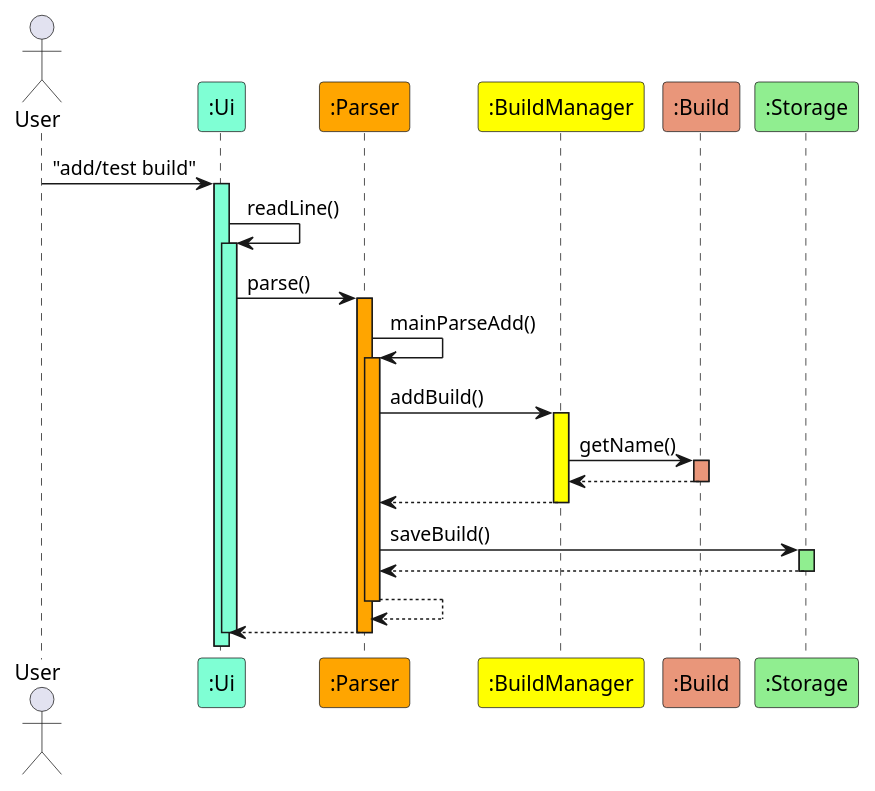
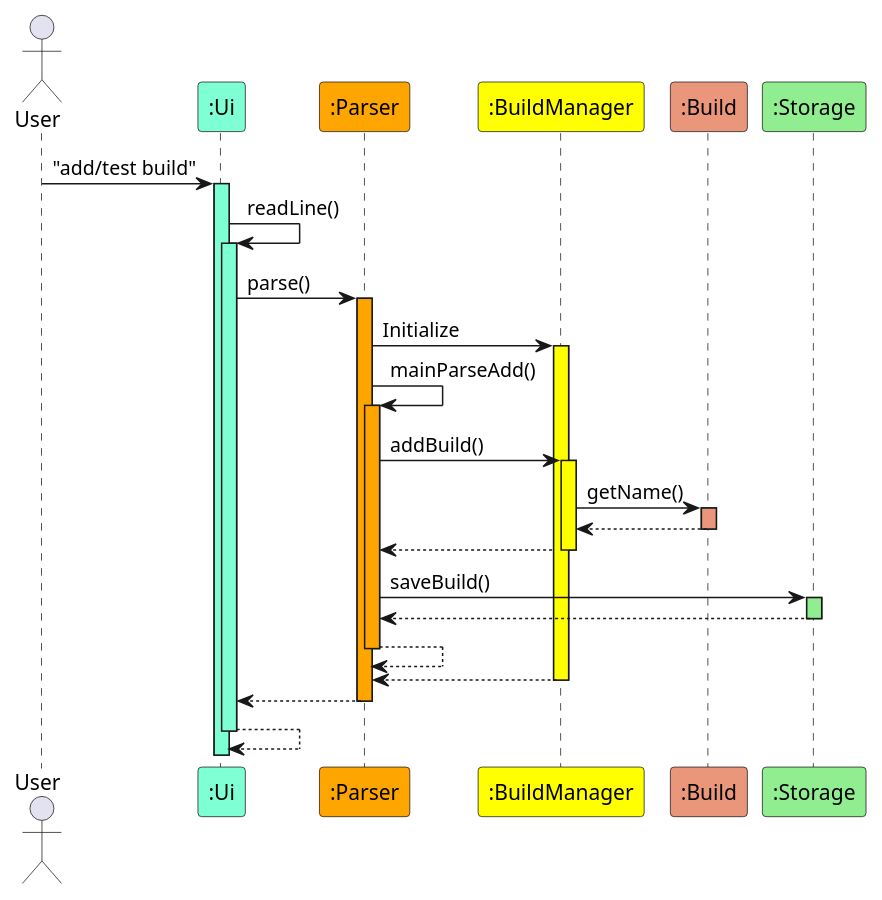
One commit to nus-cs2113-AY2223S1/tp changed the diagram in docs/puml/BuildManagerAddBuildSequence.puml. Above: the diagram before and after it, drawn with PlantUML. The commit also changed 13 other files, not shown here.

Commit message:
Hide circle in UML diagrams and added sequence diagrams for BuildManager Part in DG

```diff
--- a/docs/puml/BuildManagerAddBuildSequence.puml
+++ b/docs/puml/BuildManagerAddBuildSequence.puml
@@ -1,37 +1,37 @@
 @startuml
-'https://plantuml.com/sequence-diagram
 
 actor User
 Participant ":Ui" as Ui #AquaMarine
 Participant ":Parser" as Parser #Orange
 Participant ":BuildManager" as BuildManager #Yellow
 Participant ":Build" as Build #DarkSalmon
 Participant ":Storage" as Storage #LightGreen
 
 User -> Ui ++ #AquaMarine : "add/test build"
 
 Ui -> Ui ++ #AquaMarine : readLine()
 
 Ui -> Parser ++ #Orange : parse()
+
+Parser -> BuildManager ++ #Yellow : Initialize
 
 Parser -> Parser ++ #Orange : mainParseAdd()
 
 Parser -> BuildManager ++ #Yellow : addBuild()
 
 BuildManager -> Build ++ #DarkSalmon : getName()
 return
 
 return
 
 Parser -> Storage ++ #LightGreen : saveBuild()
 return
 
 return
 
 return
 
-deactivate Parser
-deactivate Ui
+return
 
-
+return
 @enduml
```
